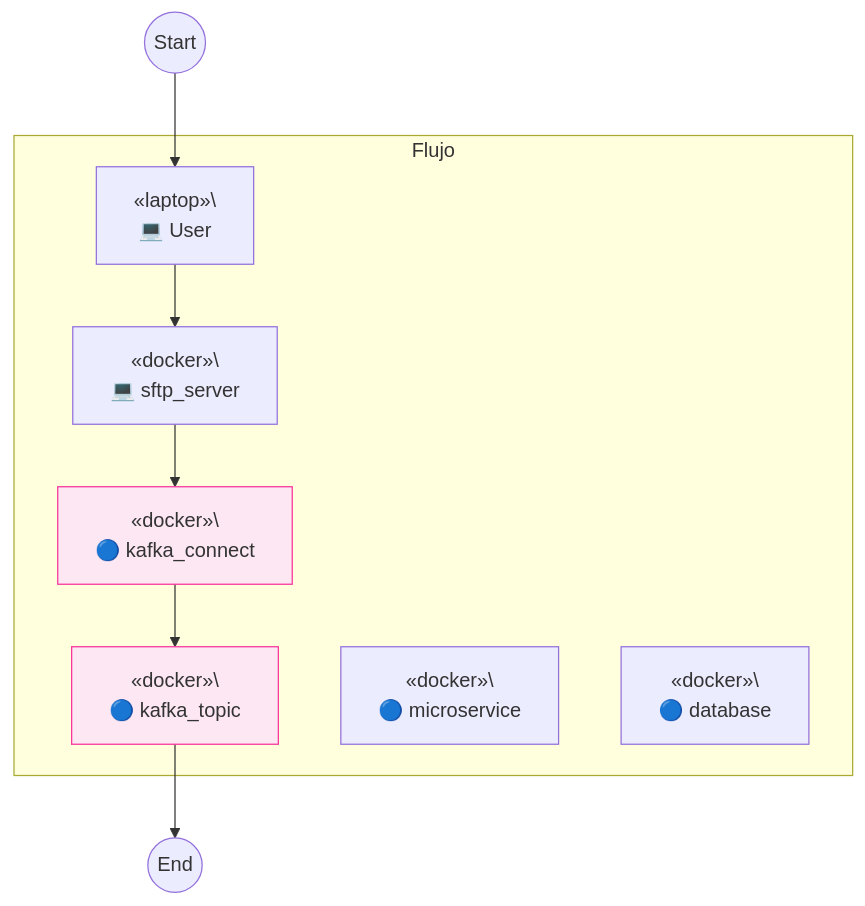
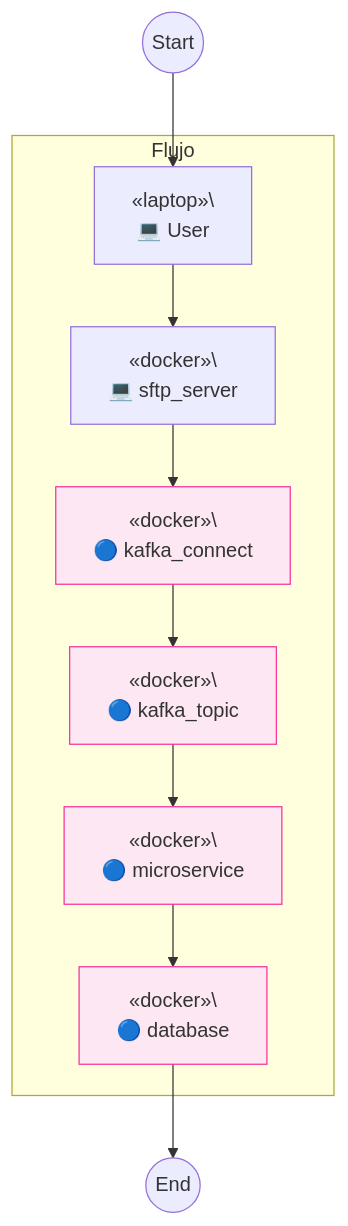
Before and after one commit to TrulyDigital/DATA_STREET: the fourth of 4 diagrams in server_sftp/README.md, drawn with Mermaid.

Commit message:
feat: server-sftp uptade

````diff
--- a/server_sftp/README.md
+++ b/server_sftp/README.md
@@ -56,24 +56,28 @@
 ```mermaid
 graph TD
     subgraph Container_A [Flujo]
         A[«laptop»\<br/> 💻 User]
         B[«docker»\<br/> 💻 sftp_server]
         C[«docker»\<br/> 🔵 kafka_connect]
         C:::note_c
         D[«docker»\<br/> 🔵 kafka_topic]
         D:::note_d
         E[«docker»\<br/> 🔵 microservice]
         E:::note_e
         F[«docker»\<br/> 🔵 database]
         F:::note_f
     end
 
     Start((Start)) --> A
     A --> B
     B --> C
     C --> D
-    D --> End((End))
+    D --> E
+    E --> F
+    F --> End((End))
 
     classDef note_c fill:#fce7f3,stroke:#f6339a,stroke-width:1px;
     classDef note_d fill:#fce7f3,stroke:#f6339a,stroke-width:1px;
+    classDef note_e fill:#fce7f3,stroke:#f6339a,stroke-width:1px;
+    classDef note_f fill:#fce7f3,stroke:#f6339a,stroke-width:1px;
 ```
````
